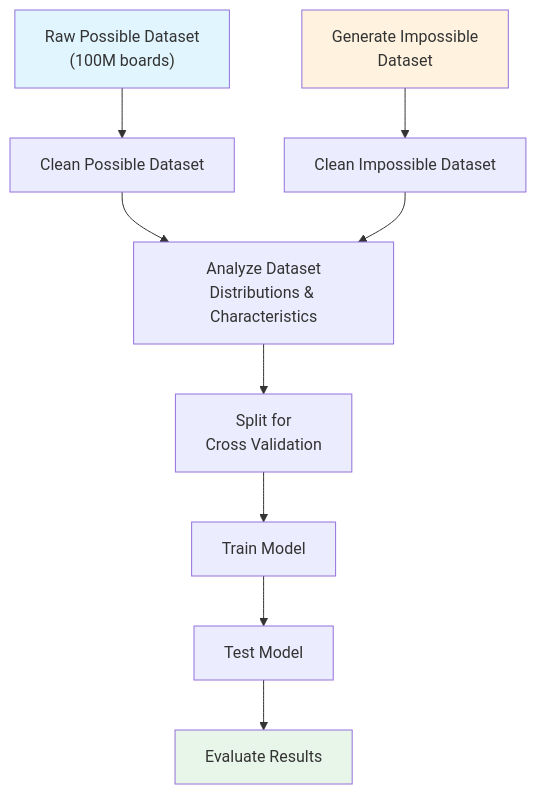
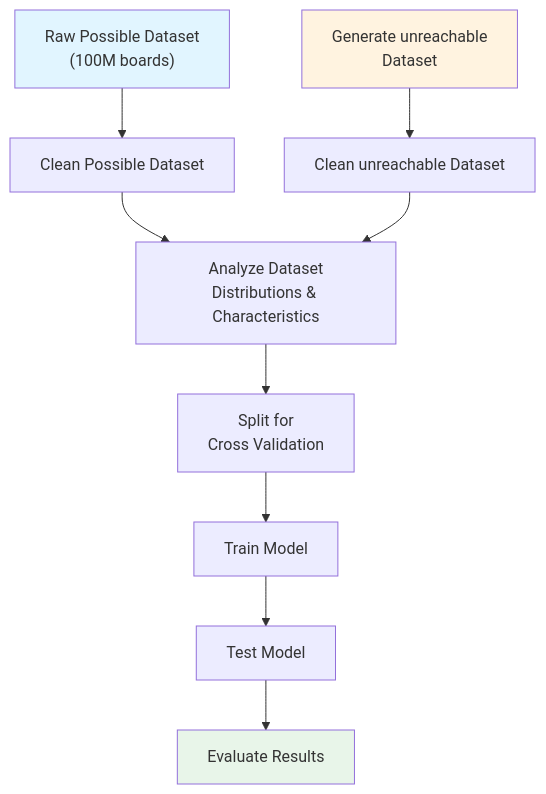
Before and after one commit to RAGNAROS-HS/Simurgh: the diagram in Readme.md, drawn with Mermaid. The commit also changed other lines of this file and 4 other files, not shown here.

````diff
--- a/Readme.md
+++ b/Readme.md
@@ -112,17 +88,17 @@
 ```mermaid
 graph TD
     A["Raw Possible Dataset<br/>(100M boards)"] --> B["Clean Possible Dataset"]
     B --> C["Analyze Dataset<br/>Distributions & Characteristics"]
     
-    D["Generate Impossible<br/>Dataset"] --> E["Clean Impossible Dataset"]
+    D["Generate unreachable<br/>Dataset"] --> E["Clean unreachable Dataset"]
     E --> C
     
     C --> F["Split for<br/>Cross Validation"]
     F --> G["Train Model"]
     G --> H["Test Model"]
     H --> I["Evaluate Results"]
     
     style A fill:#e1f5ff
     style D fill:#fff3e0
     style I fill:#e8f5e9
 ```
````
